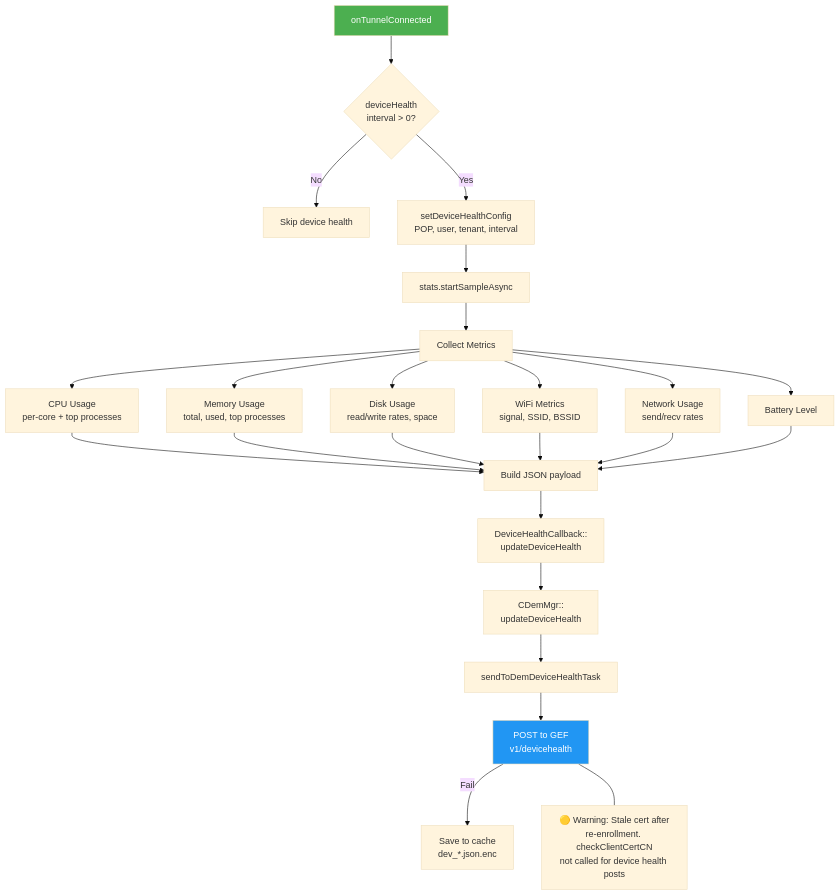
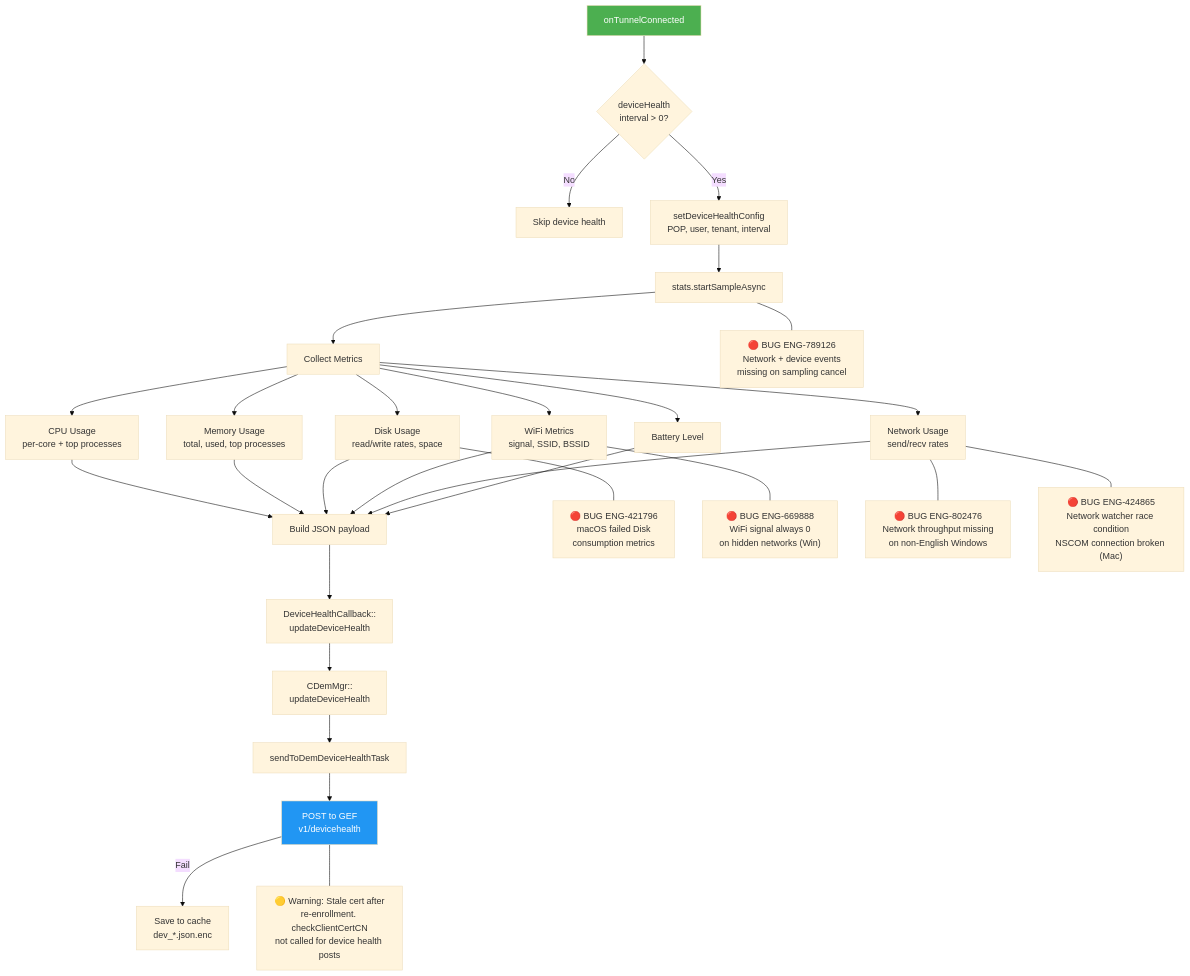
The fourth of 14 diagrams in chapters/16_dem.md (ns-klin/endpoint_system_test_plan), drawn with Mermaid (base theme) before and after one commit. The commit also changed other lines of this file and 26 other files, not shown here.

First line of the commit message:
Add 87 bugs from Excel enrichment and integrate into mermaid diagrams

````diff
--- a/chapters/16_dem.md
+++ b/chapters/16_dem.md
@@ -224,35 +239,47 @@
 ```mermaid
 flowchart TD
     START["onTunnelConnected"] --> CHECK{deviceHealth<br/>interval > 0?}
     CHECK -->|No| SKIP["Skip device health"]
     CHECK -->|Yes| CONFIG["setDeviceHealthConfig<br/>POP, user, tenant, interval"]
     CONFIG --> SAMPLE["stats.startSampleAsync"]
 
     SAMPLE --> METRICS["Collect Metrics"]
     METRICS --> CPUM["CPU Usage<br/>per-core + top processes"]
     METRICS --> MEM["Memory Usage<br/>total, used, top processes"]
     METRICS --> DISKM["Disk Usage<br/>read/write rates, space"]
     METRICS --> WIFIM["WiFi Metrics<br/>signal, SSID, BSSID"]
     METRICS --> NETM["Network Usage<br/>send/recv rates"]
     METRICS --> BATT["Battery Level"]
 
     CPUM --> JSON["Build JSON payload"]
     MEM --> JSON
     DISKM --> JSON
     WIFIM --> JSON
     NETM --> JSON
     BATT --> JSON
 
     JSON --> CB["DeviceHealthCallback::<br/>updateDeviceHealth"]
     CB --> DEMMGR["CDemMgr::<br/>updateDeviceHealth"]
     DEMMGR --> TASK["sendToDemDeviceHealthTask"]
     TASK --> POST["POST to GEF<br/>v1/devicehealth"]
     POST -->|Fail| CACHE["Save to cache<br/>dev_*.json.enc"]
 
+    BUG_421796["🔴 BUG ENG-421796<br/>macOS failed Disk<br/>consumption metrics"]
+    BUG_669888["🔴 BUG ENG-669888<br/>WiFi signal always 0<br/>on hidden networks (Win)"]
+    BUG_802476["🔴 BUG ENG-802476<br/>Network throughput missing<br/>on non-English Windows"]
+    BUG_424865["🔴 BUG ENG-424865<br/>Network watcher race condition<br/>NSCOM connection broken (Mac)"]
+    BUG_789126["🔴 BUG ENG-789126<br/>Network + device events<br/>missing on sampling cancel"]
+
+    DISKM --- BUG_421796
+    WIFIM --- BUG_669888
+    NETM --- BUG_802476
+    NETM --- BUG_424865
+    SAMPLE --- BUG_789126
+
     RISK_CERT["🟡 Warning: Stale cert after<br/>re-enrollment. checkClientCertCN<br/>not called for device health posts"]
 
     POST --- RISK_CERT
 
     style START fill:#4CAF50,color:#fff
     style POST fill:#2196F3,color:#fff
 ```
````
